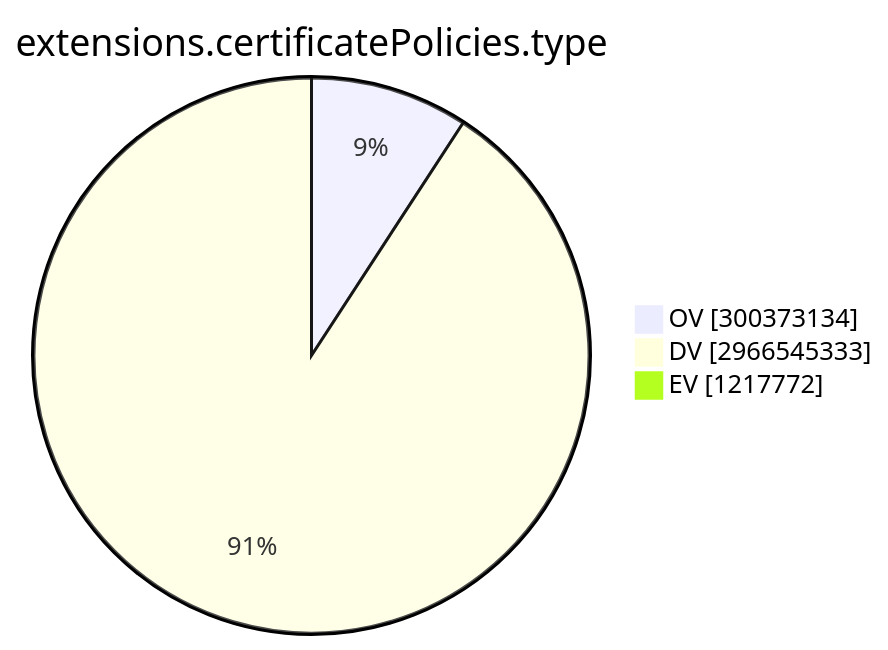
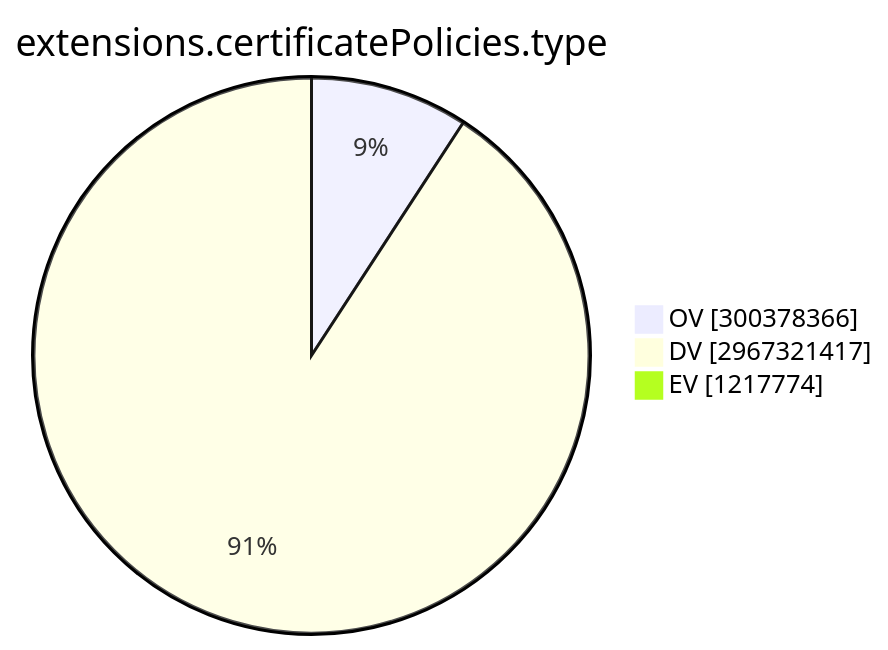
One commit to christiankrug/ctmonitor_visualization changed the ninth of 15 diagrams in TOTAL/README.md. Above: the diagram before and after it, drawn with Mermaid. The commit also changed other lines of this file, not shown here.

````diff
--- a/TOTAL/README.md
+++ b/TOTAL/README.md
@@ -3101,7 +3101,7 @@
 ```mermaid
 pie showData
 title extensions.certificatePolicies.type
-"OV" :300373134
-"DV" :2966545333
-"EV" :1217772
+"OV" :300378366
+"DV" :2967321417
+"EV" :1217774
 ```
````
